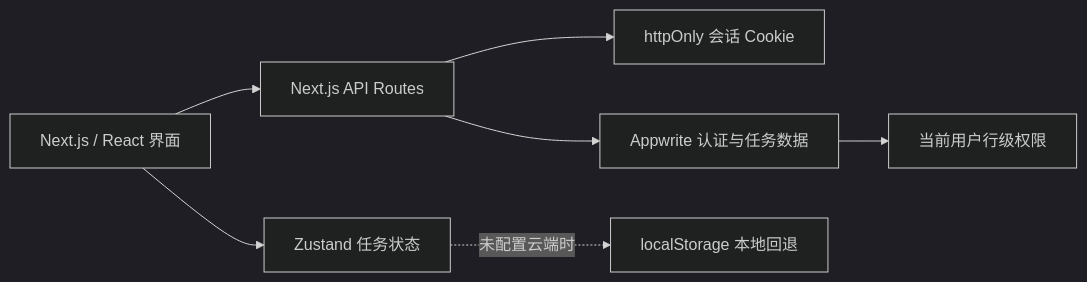
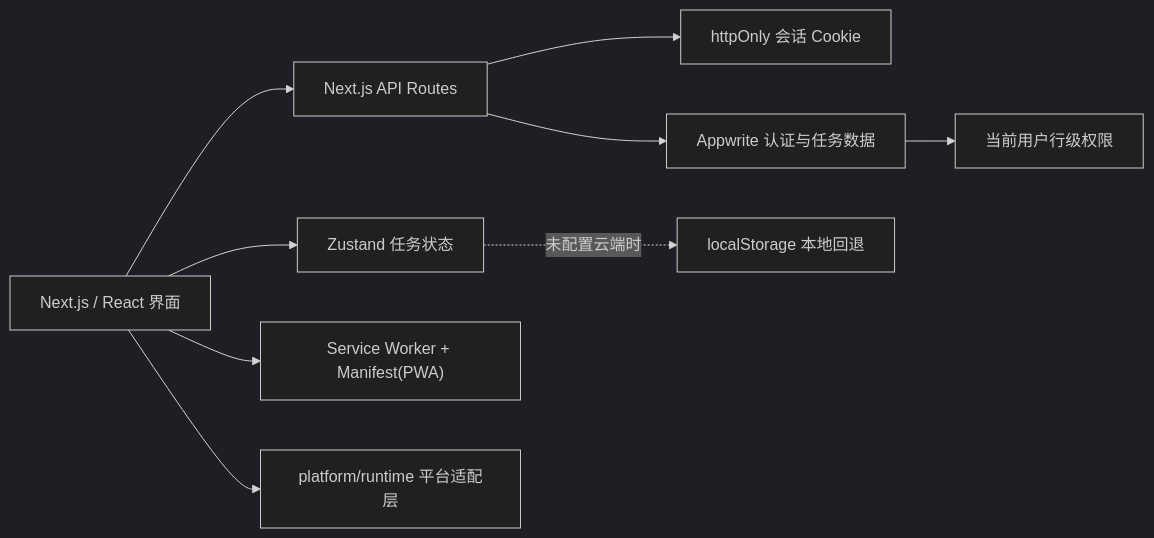
The diagram in README.md (Uonlra/TaskFlow), drawn with Mermaid (dark theme) before and after one commit. The commit also changed other lines of this file and 13 other files, not shown here.

Commit message:
feat: add baseline pwa runtime scaffolding

````diff
--- a/README.md
+++ b/README.md
@@ -46,9 +45,11 @@
 ```mermaid
 flowchart LR
   UI["Next.js / React 界面"] --> Store["Zustand 任务状态"]
   UI --> API["Next.js API Routes"]
+  UI --> SW["Service Worker + Manifest(PWA)"]
+  UI --> Platform["platform/runtime 平台适配层"]
   API --> Session["httpOnly 会话 Cookie"]
   API --> Appwrite["Appwrite 认证与任务数据"]
   Appwrite --> Permissions["当前用户行级权限"]
   Store -. "未配置云端时" .-> Local["localStorage 本地回退"]
 ```
````
